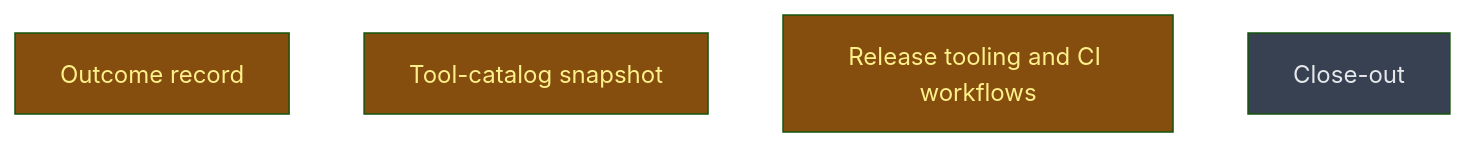
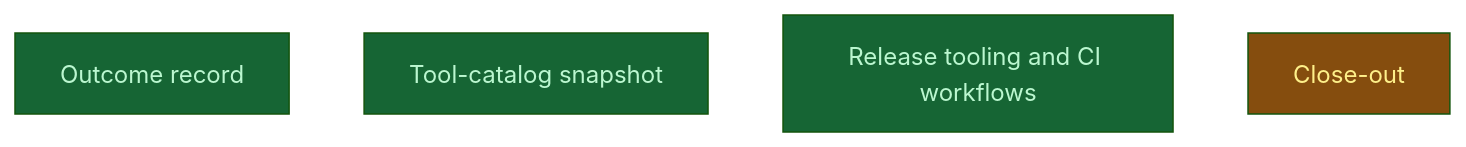
The diagram in __roadmap__/wire-schemas/records/README.md (CrackingShells/Candler), drawn with Mermaid (forest theme) before and after one commit. The commit also changed other lines of this file and 2 other files, not shown here.

Commit message:
rdm(schemas): close the records level and start the close-out
The outcome record, the catalog snapshot and the release tooling are
done and merged on feat/wire-schemas. The close-out leaf moves to in
progress.

````diff
--- a/__roadmap__/wire-schemas/records/README.md
+++ b/__roadmap__/wire-schemas/records/README.md
@@ -26,12 +26,12 @@
 ```mermaid
 graph TD
-    outcome_record[Outcome record]:::inprogress
-    catalog_snapshot[Tool-catalog snapshot]:::inprogress
-    release_ci[Release tooling and CI workflows]:::inprogress
-    closeout[Close-out]:::planned
+    outcome_record[Outcome record]:::done
+    catalog_snapshot[Tool-catalog snapshot]:::done
+    release_ci[Release tooling and CI workflows]:::done
+    closeout[Close-out]:::inprogress
     classDef done       fill:#166534,color:#bbf7d0
     classDef inprogress fill:#854d0e,color:#fef08a
     classDef planned    fill:#374151,color:#e5e7eb
     classDef amendment  fill:#1e3a5f,color:#bfdbfe
     classDef blocked    fill:#7f1d1d,color:#fecaca
 ```
````
